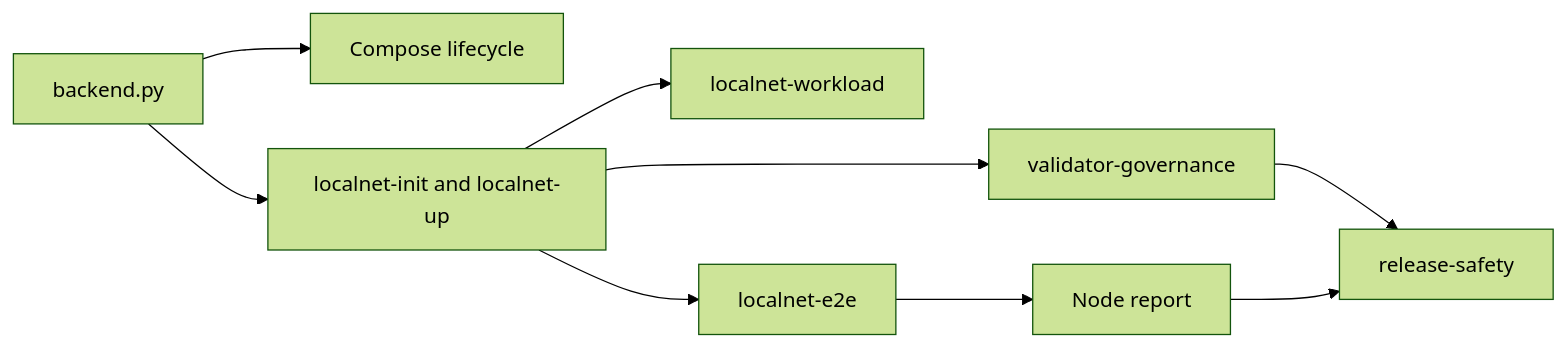
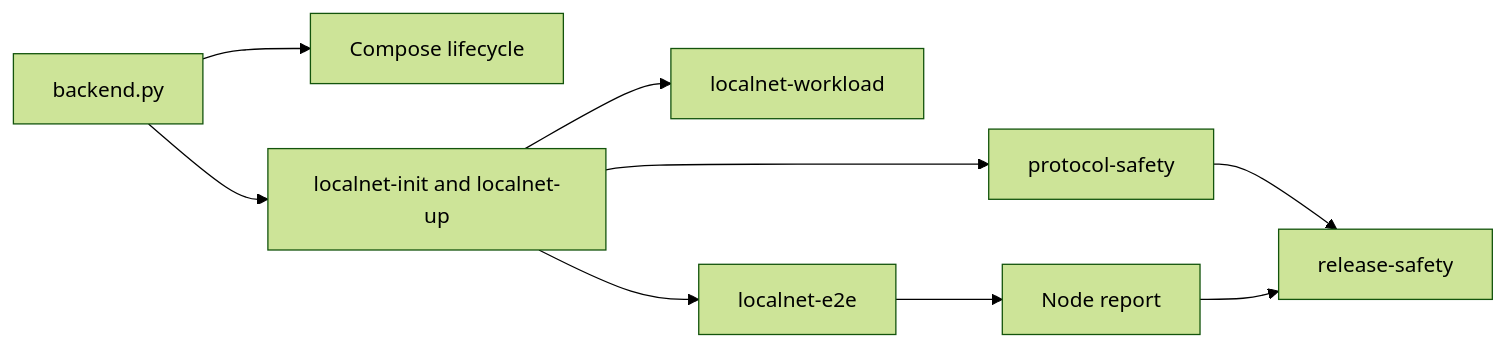
One commit to xian-technology/xian-stack changed the diagram in scripts/README.md. Above: the diagram before and after it, drawn with Mermaid (forest theme). The commit also changed other lines of this file and 11 other files, not shown here.

Commit message:
Rework localnet safety validation

````diff
--- a/scripts/README.md
+++ b/scripts/README.md
@@ -86,11 +86,11 @@
 ```mermaid
 flowchart LR
   Backend["backend.py"] --> Compose["Compose lifecycle"]
   Backend --> Localnet["localnet-init and localnet-up"]
   Localnet --> Workloads["localnet-workload"]
   Localnet --> E2E["localnet-e2e"]
-  Localnet --> Governance["validator-governance"]
+  Localnet --> ProtocolSafety["protocol-safety"]
   E2E --> RuntimeReport["Node report"]
-  Governance --> ReleaseSafety["release-safety"]
+  ProtocolSafety --> ReleaseSafety["release-safety"]
   RuntimeReport --> ReleaseSafety
 ```
````
